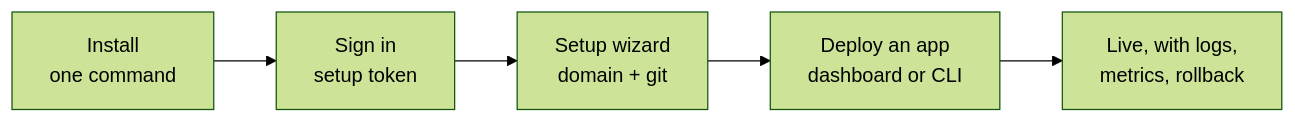
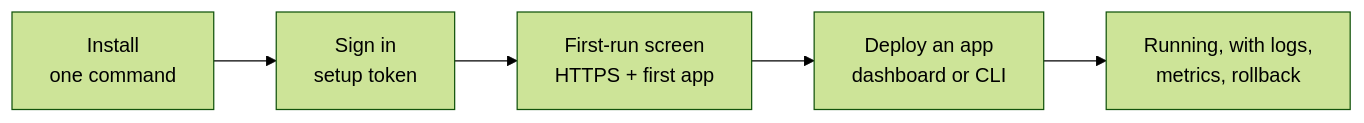
One commit to glincker/levelrail changed the diagram in docs/getting-started.md. Above: the diagram before and after it, drawn with Mermaid (forest theme). The commit also changed other lines of this file and 1430 other files, not shown here.

````diff
--- a/docs/getting-started.md
+++ b/docs/getting-started.md
@@ -13,7 +13,7 @@
 ```mermaid
 flowchart LR
   A["Install<br/>one command"] --> B["Sign in<br/>setup token"]
-  B --> C["Setup wizard<br/>domain + git"]
+  B --> C["First-run screen<br/>HTTPS + first app"]
   C --> D["Deploy an app<br/>dashboard or CLI"]
-  D --> E["Live, with logs,<br/>metrics, rollback"]
+  D --> E["Running, with logs,<br/>metrics, rollback"]
 ```
````
